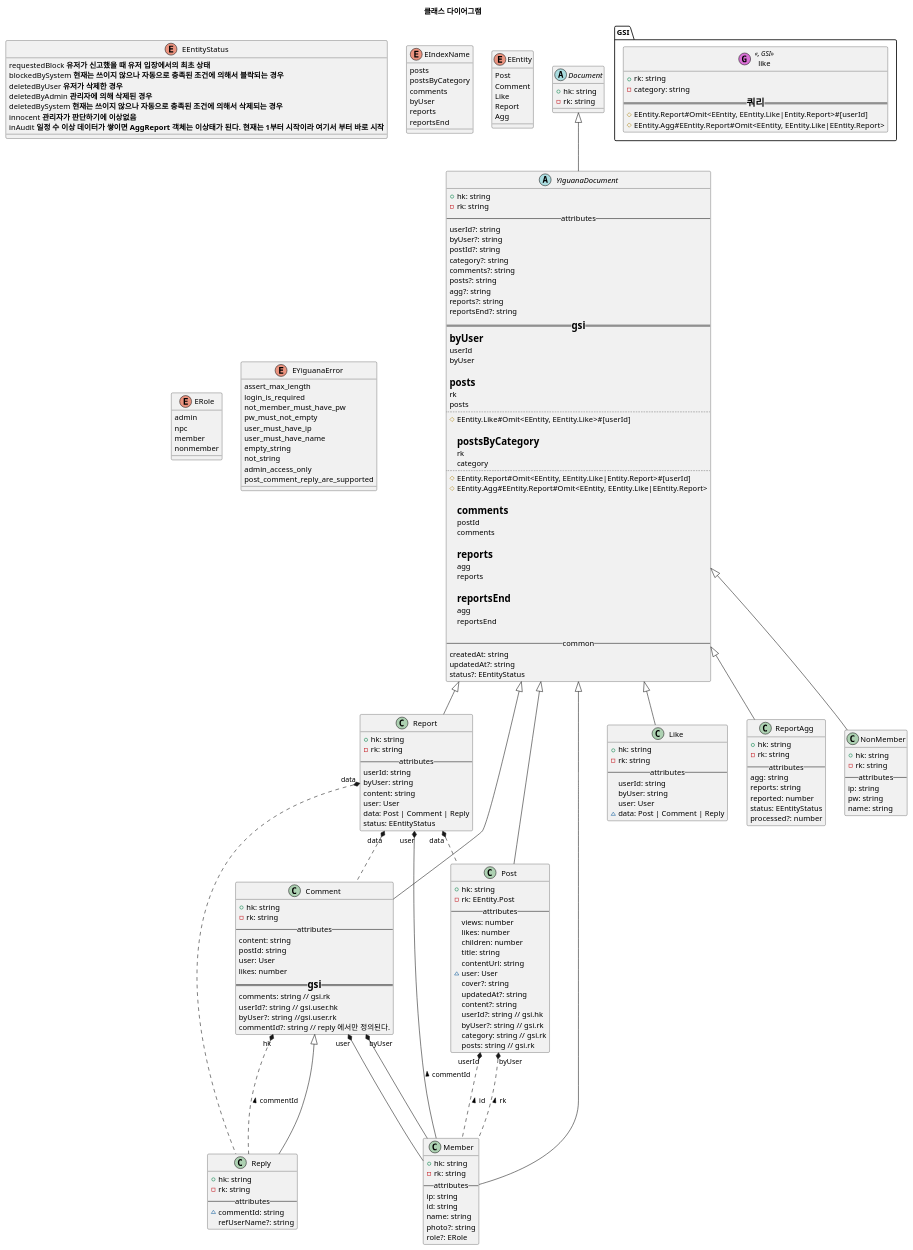
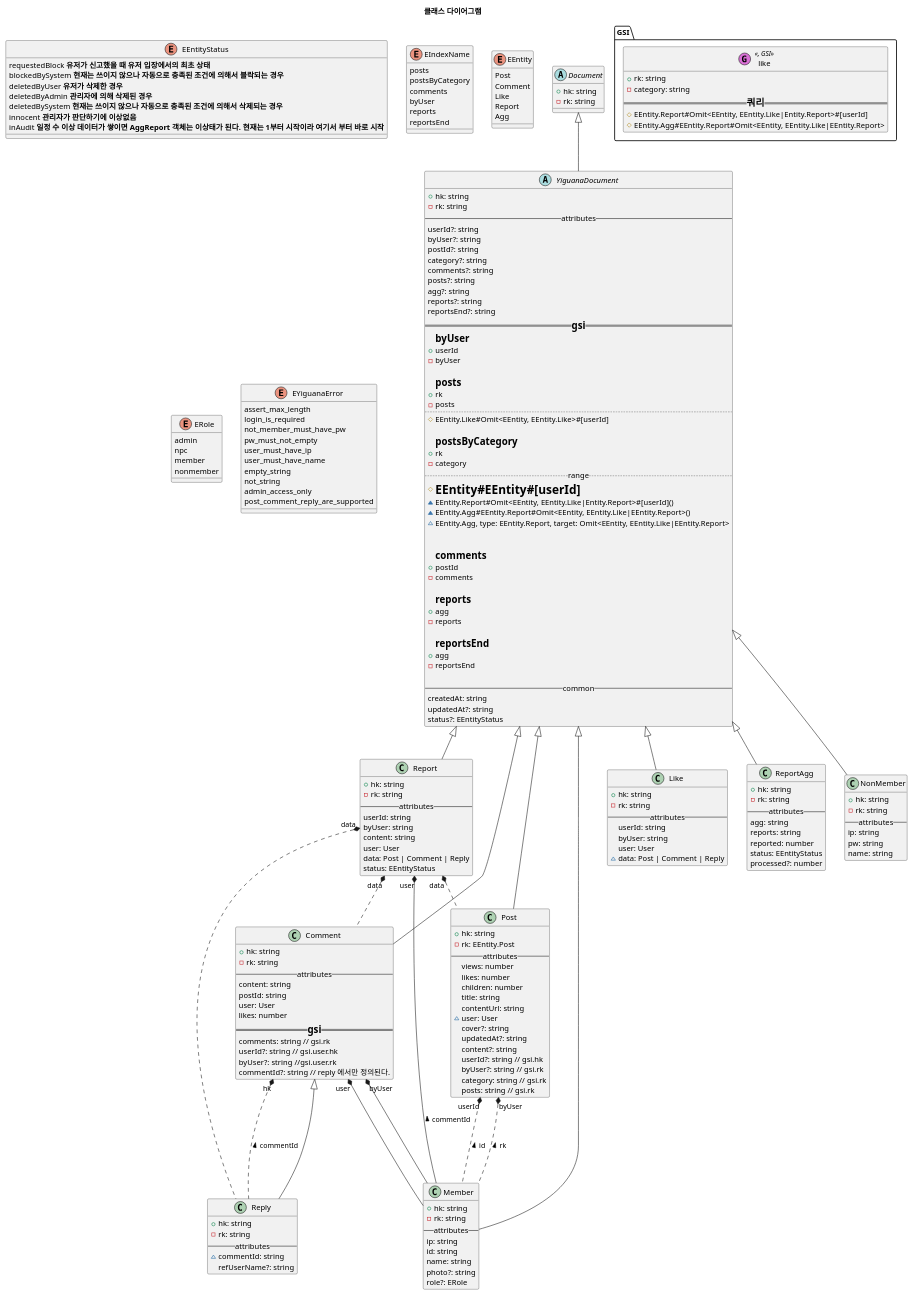
Before and after one commit to deptno/yiguana: the diagram in asset/puml/class-diagram.puml, drawn with PlantUML. The commit also changed 6 other files, not shown here.

Commit message:
chore: update diagram

```diff
--- a/asset/puml/class-diagram.puml
+++ b/asset/puml/class-diagram.puml
@@ -21,33 +21,36 @@
     reportsEnd?: string
     === gsi ==
     = byUser
-    userId
-    byUser
+    +userId
+    -byUser
 
     = posts
-    rk
-    posts
+    +rk
+    -posts
     ..
     #EEntity.Like#Omit<EEntity, EEntity.Like>#[userId]
 
     = postsByCategory
-    rk
-    category
-    ..
-    #EEntity.Report#Omit<EEntity, EEntity.Like|Entity.Report>#[userId]
-    #EEntity.Agg#EEntity.Report#Omit<EEntity, EEntity.Like|EEntity.Report>
+    +rk
+    -category
+    .. range ..
+    #=**EEntity#EEntity#[userId]**
+    ~EEntity.Report#Omit<EEntity, EEntity.Like|Entity.Report>#[userId]()
+    ~EEntity.Agg#EEntity.Report#Omit<EEntity, EEntity.Like|EEntity.Report>()
+    ~EEntity.Agg, type: EEntity.Report, target: Omit<EEntity, EEntity.Like|EEntity.Report>
+
 
     = comments
-    postId
-    comments
+    +postId
+    -comments
 
     = reports
-    agg
-    reports
+    +agg
+    -reports
 
     = reportsEnd
-    agg
-    reportsEnd
+    +agg
+    -reportsEnd
 
     -- common --
     createdAt: string
@@ -200,16 +203,12 @@
 
 
 namespace GSI {
-class like << (G,orchid), GSI >> {
-    +rk: string
-    -category: string
-    === 쿼리 ==
-    #EEntity.Report#Omit<EEntity, EEntity.Like|Entity.Report>#[userId]
-    #EEntity.Agg#EEntity.Report#Omit<EEntity, EEntity.Like|EEntity.Report>
-}
-
-
-
-
+    class like << (G,orchid), GSI >> {
+        +rk: string
+        -category: string
+        === 쿼리 ==
+        #EEntity.Report#Omit<EEntity, EEntity.Like|Entity.Report>#[userId]
+        #EEntity.Agg#EEntity.Report#Omit<EEntity, EEntity.Like|EEntity.Report>
+    }
 }
 @enduml
```
